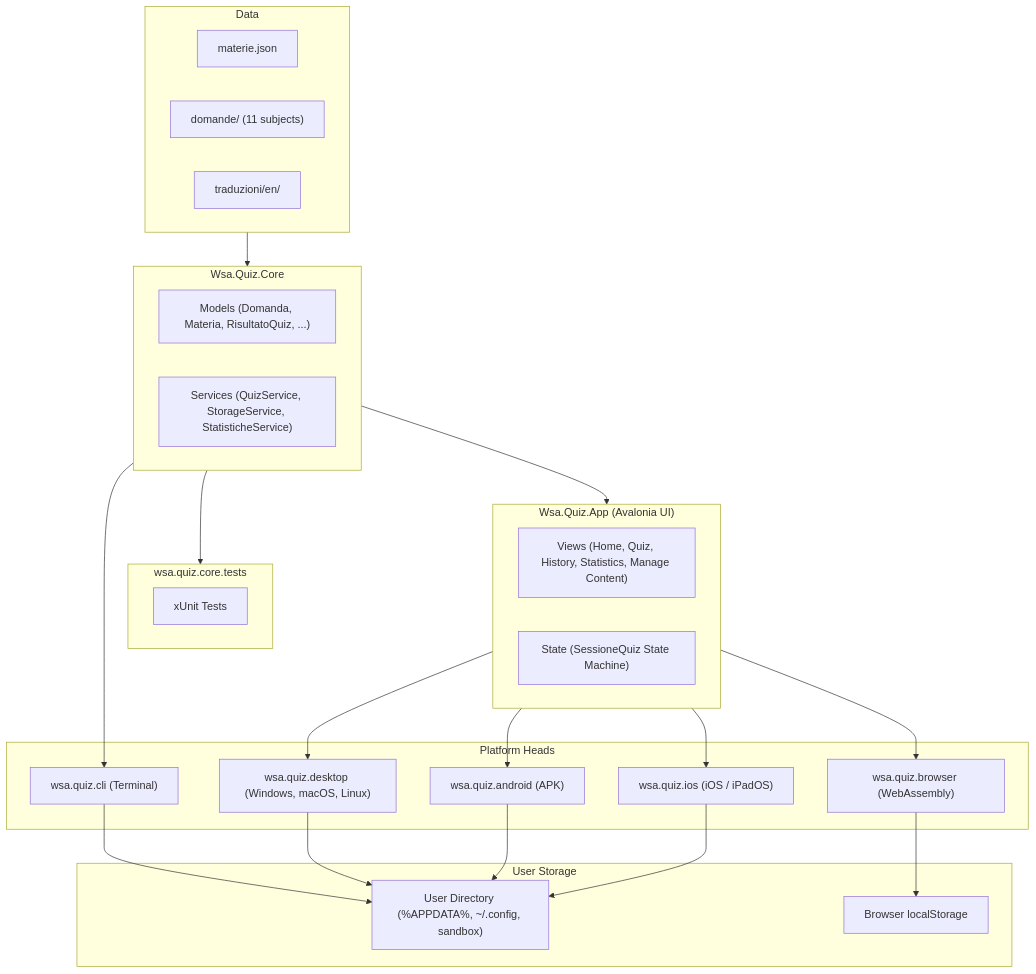
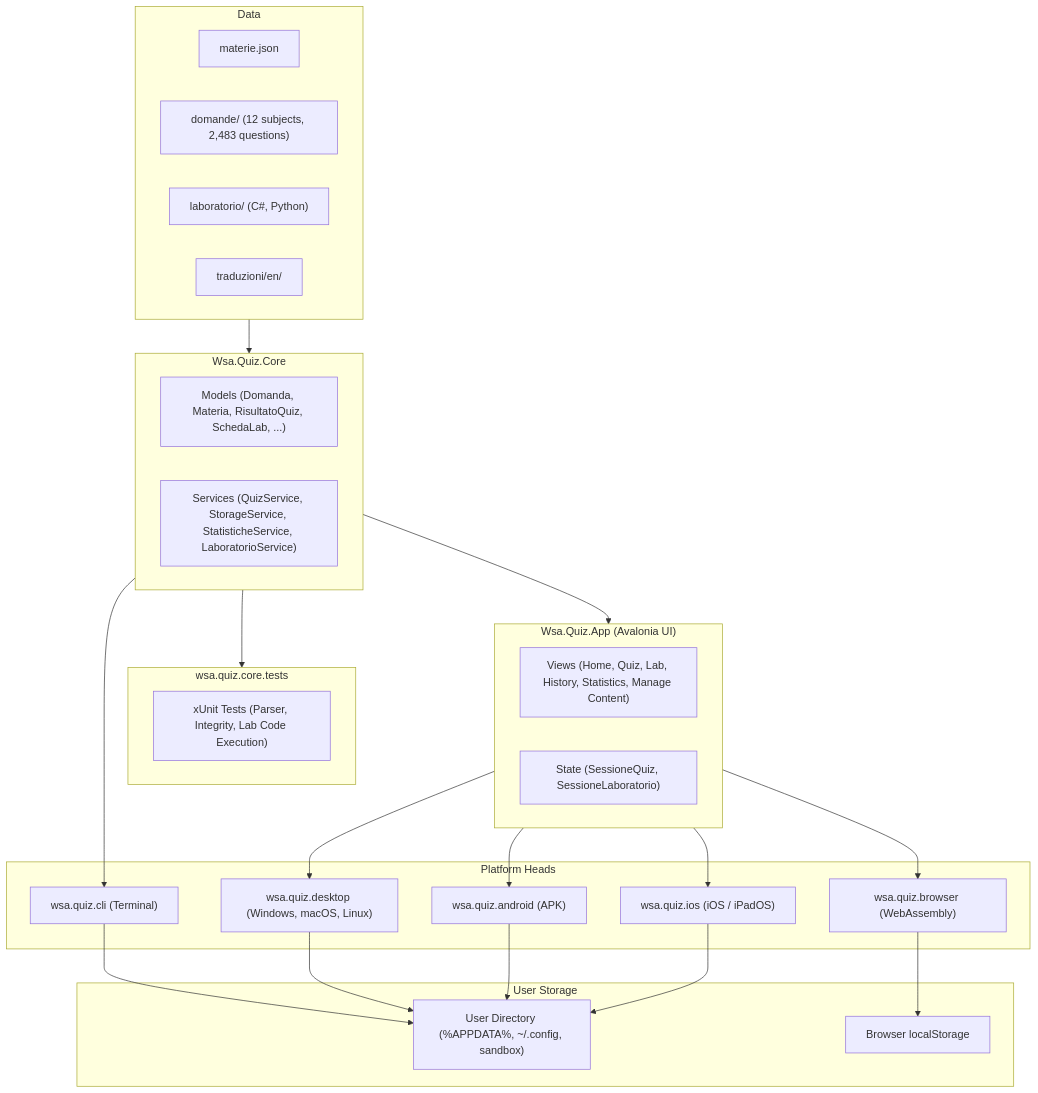
Before and after one commit to lufo-336/quaestio: the diagram in README.md, drawn with Mermaid. The commit also changed other lines of this file and 19 other files, not shown here.

````diff
--- a/README.md
+++ b/README.md
@@ -68,51 +117,52 @@
 ```mermaid
 flowchart TD
     subgraph Data["Data"]
         M["materie.json"]
-        D["domande/ (11 subjects)"]
+        D["domande/ (12 subjects, 2,483 questions)"]
+        L["laboratorio/ (C#, Python)"]
         T["traduzioni/en/"]
     end
 
     subgraph CoreLib["Wsa.Quiz.Core"]
-        Models["Models (Domanda, Materia, RisultatoQuiz, ...)"]
-        Services["Services (QuizService, StorageService, StatisticheService)"]
+        Models["Models (Domanda, Materia, RisultatoQuiz, SchedaLab, ...)"]
+        Services["Services (QuizService, StorageService, StatisticheService, LaboratorioService)"]
     end
 
     subgraph Tests["wsa.quiz.core.tests"]
-        UnitTest["xUnit Tests"]
+        UnitTest["xUnit Tests (Parser, Integrity, Lab Code Execution)"]
     end
 
     subgraph UILib["Wsa.Quiz.App (Avalonia UI)"]
-        Views["Views (Home, Quiz, History, Statistics, Manage Content)"]
-        State["State (SessioneQuiz State Machine)"]
+        Views["Views (Home, Quiz, Lab, History, Statistics, Manage Content)"]
+        State["State (SessioneQuiz, SessioneLaboratorio)"]
     end
 
     subgraph Heads["Platform Heads"]
         CLI["wsa.quiz.cli (Terminal)"]
         Desktop["wsa.quiz.desktop (Windows, macOS, Linux)"]
         Android["wsa.quiz.android (APK)"]
         iOS["wsa.quiz.ios (iOS / iPadOS)"]
         Browser["wsa.quiz.browser (WebAssembly)"]
     end
 
     subgraph Storage["User Storage"]
         FS["User Directory (%APPDATA%, ~/.config, sandbox)"]
         LS["Browser localStorage"]
     end
 
     Data --> CoreLib
     CoreLib --> Tests
     CoreLib --> CLI
     CoreLib --> UILib
 
     UILib --> Desktop
     UILib --> Android
     UILib --> iOS
     UILib --> Browser
 
     CLI --> FS
     Desktop --> FS
     Android --> FS
     iOS --> FS
     Browser --> LS
 ```
````
